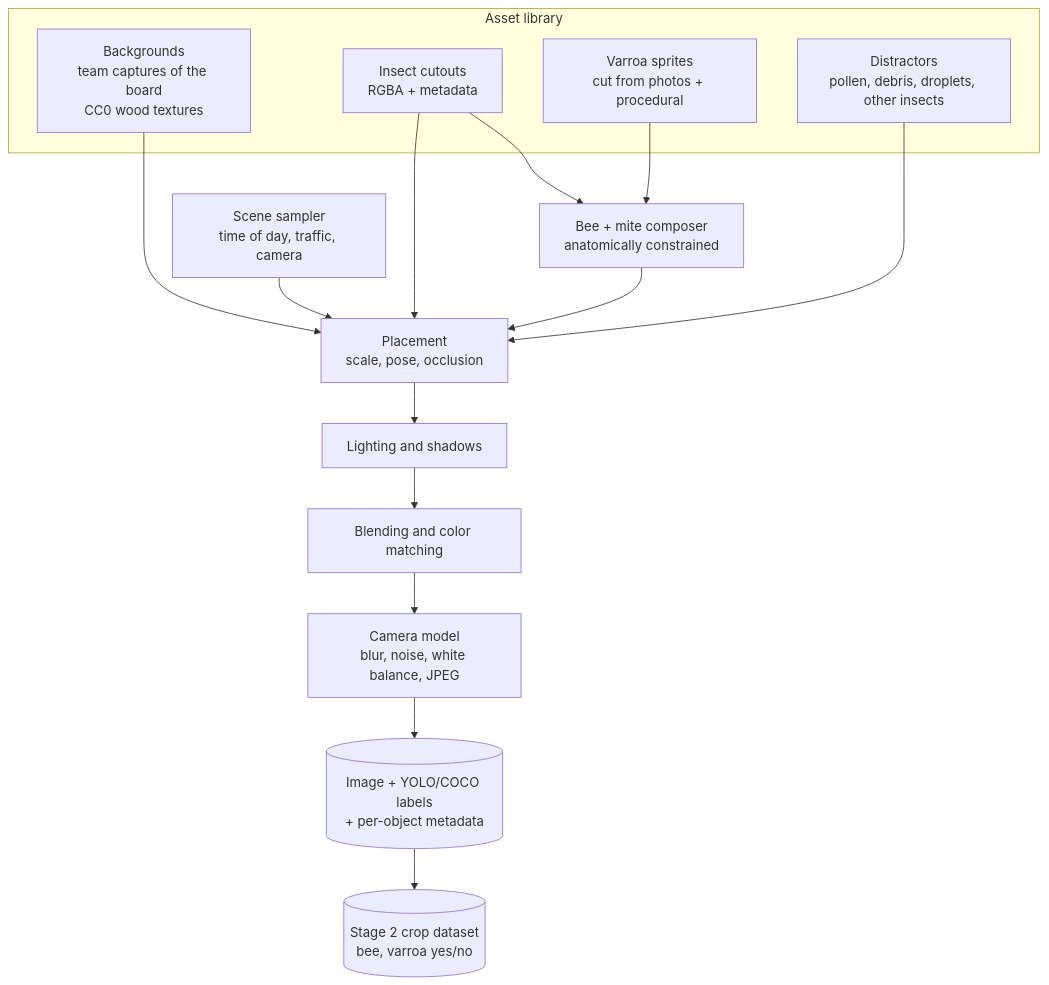
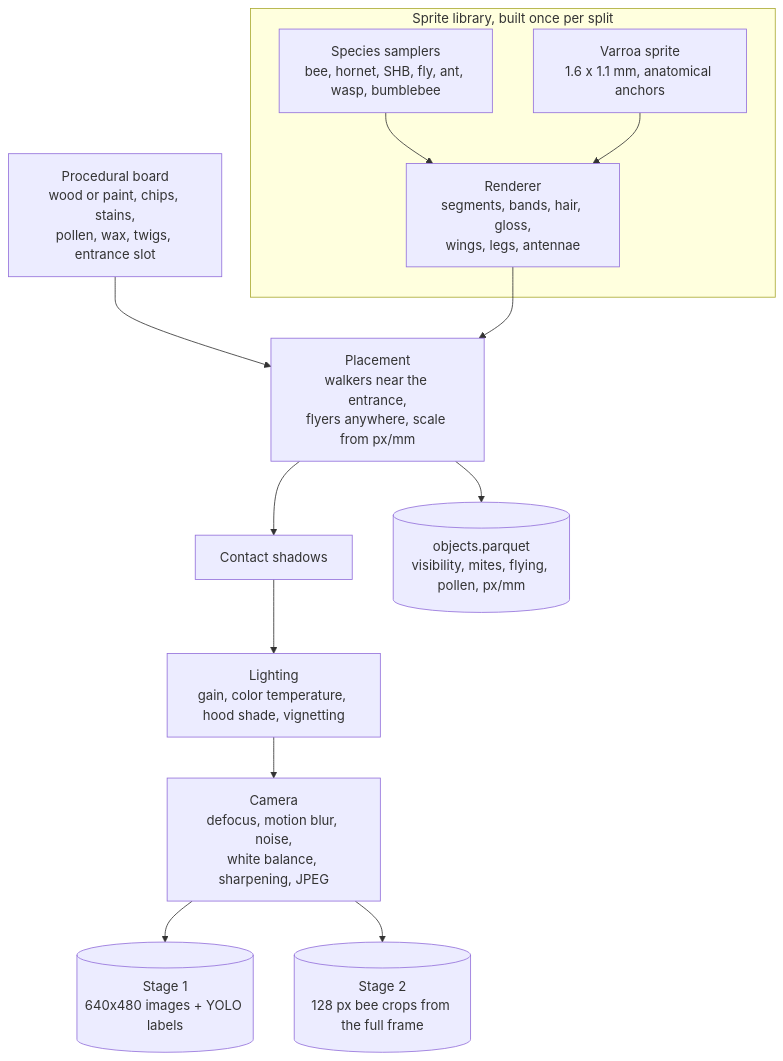
Before and after one commit to endlessconflict/SmartHive: the diagram in docs/03-vision/03-synthetic-image-pipeline.md, drawn with Mermaid. The commit also changed other lines of this file and 20 other files, not shown here.

First line of the commit message:
feat(simulation,vision): procedural insect renderer, scene compositor and vision tooling

````diff
--- a/docs/03-vision/03-synthetic-image-pipeline.md
+++ b/docs/03-vision/03-synthetic-image-pipeline.md
@@ -27,21 +36,15 @@
 ```mermaid
 flowchart TB
-    subgraph ASSETS[Asset library]
-        BG[Backgrounds<br/>team captures of the board<br/>CC0 wood textures]
-        CUT[Insect cutouts<br/>RGBA + metadata]
-        MITE[Varroa sprites<br/>cut from photos + procedural]
-        DIS[Distractors<br/>pollen, debris, droplets, other insects]
+    subgraph LIB[Sprite library, built once per split]
+        SP[Species samplers<br/>bee, hornet, SHB, fly, ant, wasp, bumblebee] --> R[Renderer<br/>segments, bands, hair, gloss,<br/>wings, legs, antennae]
+        V[Varroa sprite<br/>1.6 x 1.1 mm, anatomical anchors] --> R
     end
-    CUT --> BV[Bee + mite composer<br/>anatomically constrained]
-    MITE --> BV
-    SCN[Scene sampler<br/>time of day, traffic, camera] --> PLACE
-    BG --> PLACE[Placement<br/>scale, pose, occlusion]
-    BV --> PLACE
-    CUT --> PLACE
-    DIS --> PLACE
-    PLACE --> LIGHT[Lighting and shadows]
-    LIGHT --> BLEND[Blending and color matching]
-    BLEND --> CAMM[Camera model<br/>blur, noise, white balance, JPEG]
-    CAMM --> OUT[(Image + YOLO/COCO labels<br/>+ per-object metadata)]
-    OUT --> CROPS[(Stage 2 crop dataset<br/>bee, varroa yes/no)]
+    BG[Procedural board<br/>wood or paint, chips, stains,<br/>pollen, wax, twigs, entrance slot] --> PL
+    R --> PL[Placement<br/>walkers near the entrance,<br/>flyers anywhere, scale from px/mm]
+    PL --> SH[Contact shadows]
+    SH --> LI[Lighting<br/>gain, color temperature, hood shade, vignetting]
+    LI --> CAM[Camera<br/>defocus, motion blur, noise,<br/>white balance, sharpening, JPEG]
+    CAM --> S1[(Stage 1<br/>640x480 images + YOLO labels)]
+    CAM --> S2[(Stage 2<br/>128 px bee crops from the full frame)]
+    PL --> MD[(objects.parquet<br/>visibility, mites, flying, pollen, px/mm)]
 ```
````
